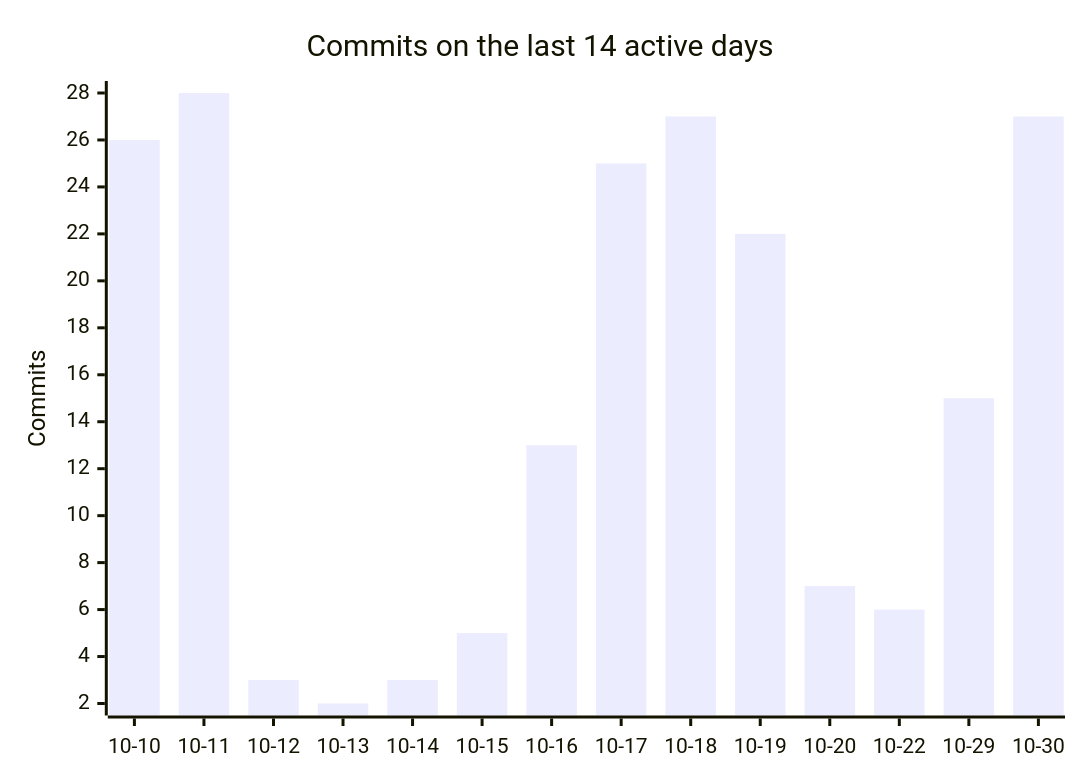
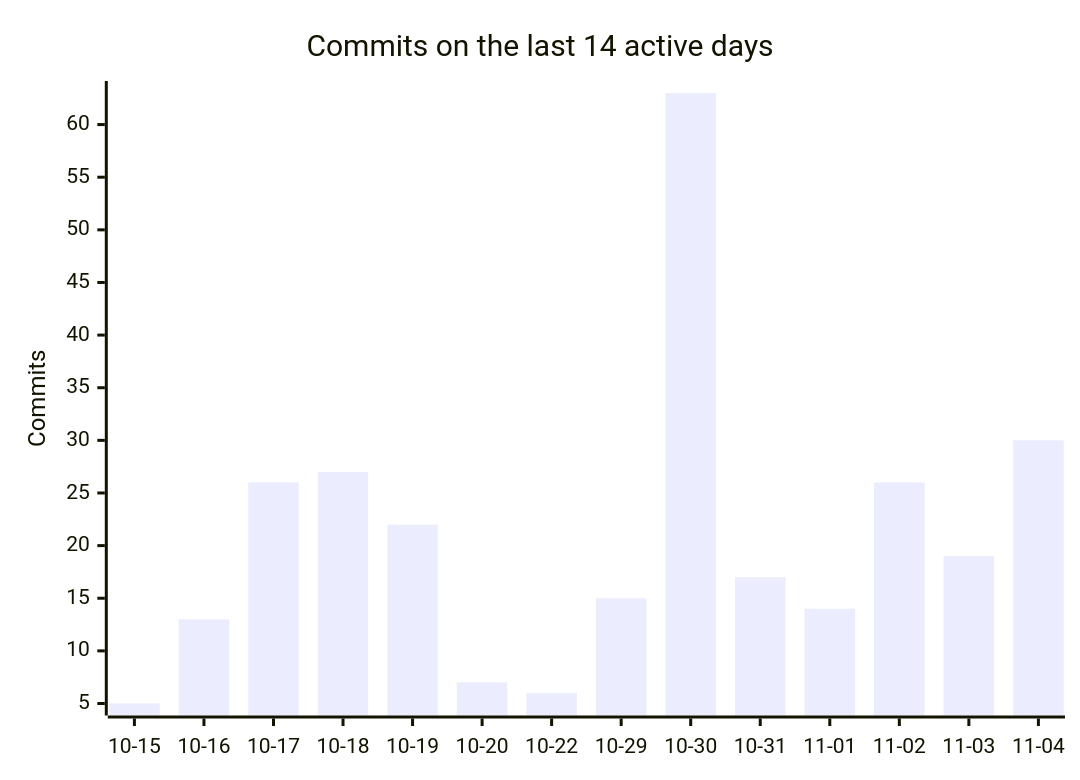
One commit to PflanzenDex/PflanzenDex changed the third of 3 diagrams in README.md. Above: the diagram before and after it, drawn with Mermaid. The commit also changed other lines of this file, not shown here.

````diff
--- a/README.md
+++ b/README.md
@@ -73,7 +73,7 @@
 ```mermaid
 xychart-beta
   title "Commits on the last 14 active days"
-  x-axis ["10-10", "10-11", "10-12", "10-13", "10-14", "10-15", "10-16", "10-17", "10-18", "10-19", "10-20", "10-22", "10-29", "10-30"]
+  x-axis ["10-15", "10-16", "10-17", "10-18", "10-19", "10-20", "10-22", "10-29", "10-30", "10-31", "11-01", "11-02", "11-03", "11-04"]
   y-axis "Commits"
-  bar [26, 28, 3, 2, 3, 5, 13, 25, 27, 22, 7, 6, 15, 27]
+  bar [5, 13, 26, 27, 22, 7, 6, 15, 63, 17, 14, 26, 19, 30]
 ```
````
